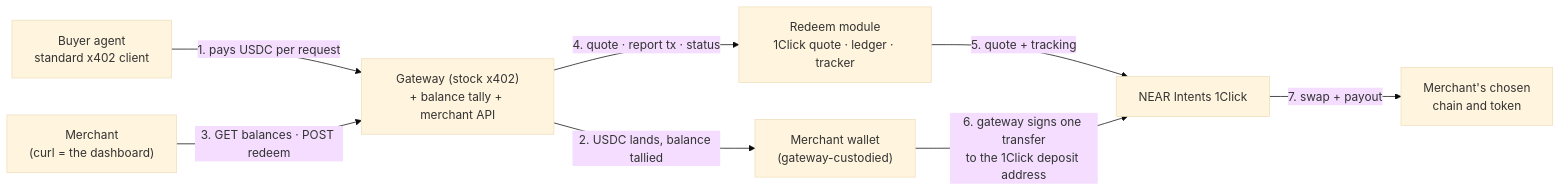
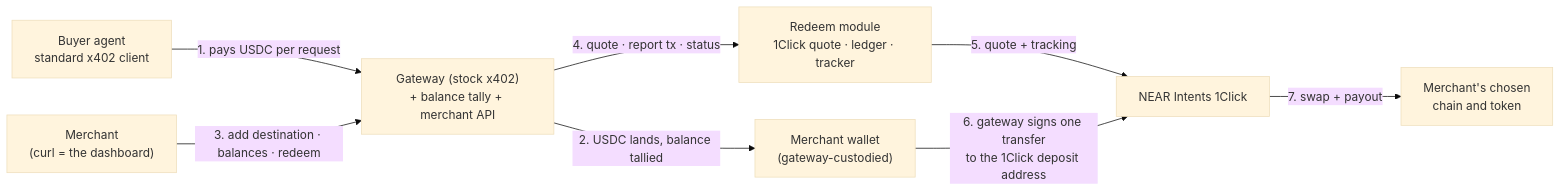
One commit to IkerAlus/1CS_redeem_demo changed the diagram in README.md. Above: the diagram before and after it, drawn with Mermaid (base theme). The commit also changed other lines of this file and 8 other files, not shown here.

Commit message:
add post destination func for merchants

````diff
--- a/README.md
+++ b/README.md
@@ -7,10 +7,10 @@
 ```mermaid
 flowchart LR
     B["Buyer agent<br/>standard x402 client"] -- "1. pays USDC per request" --> G["Gateway (stock x402)<br/>+ balance tally + merchant API"]
     G -- "2. USDC lands, balance tallied" --> W["Merchant wallet<br/>(gateway-custodied)"]
-    M["Merchant<br/>(curl = the dashboard)"] -- "3. GET balances · POST redeem" --> G
+    M["Merchant<br/>(curl = the dashboard)"] -- "3. add destination · balances · redeem" --> G
     G -- "4. quote · report tx · status" --> R["Redeem module<br/>1Click quote · ledger · tracker"]
     R -- "5. quote + tracking" --> N["NEAR Intents 1Click"]
     W -- "6. gateway signs one transfer<br/>to the 1Click deposit address" --> N
     N -- "7. swap + payout" --> D["Merchant's chosen<br/>chain and token"]
 ```
````
